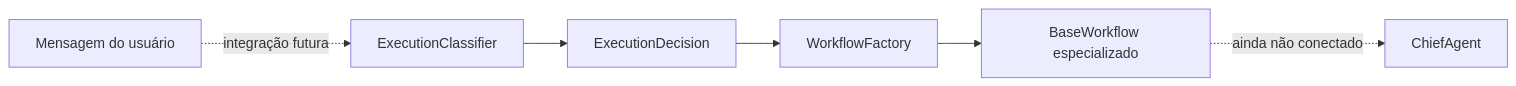
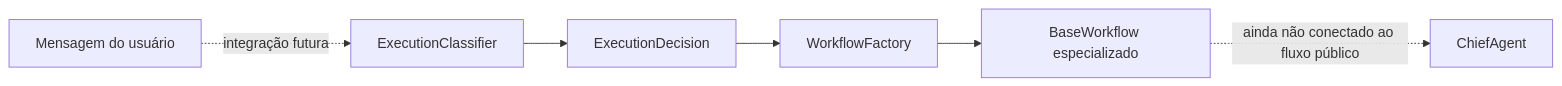
The fifth of 5 diagrams in docs/WORKFLOW_FACTORY.md (eltonjr13/kaoz.1), drawn with Mermaid before and after one commit. The commit also changed other lines of this file and 2 other files, not shown here.

````diff
--- a/docs/WORKFLOW_FACTORY.md
+++ b/docs/WORKFLOW_FACTORY.md
@@ -87,8 +107,8 @@
 ```mermaid
 flowchart LR
     U["Mensagem do usuário"] -. "integração futura" .-> EC["ExecutionClassifier"]
     EC --> ED["ExecutionDecision"]
     ED --> WF["WorkflowFactory"]
     WF --> W["BaseWorkflow especializado"]
-    W -. "ainda não conectado" .-> C["ChiefAgent"]
+    W -. "ainda não conectado ao fluxo público" .-> C["ChiefAgent"]
 ```
````
